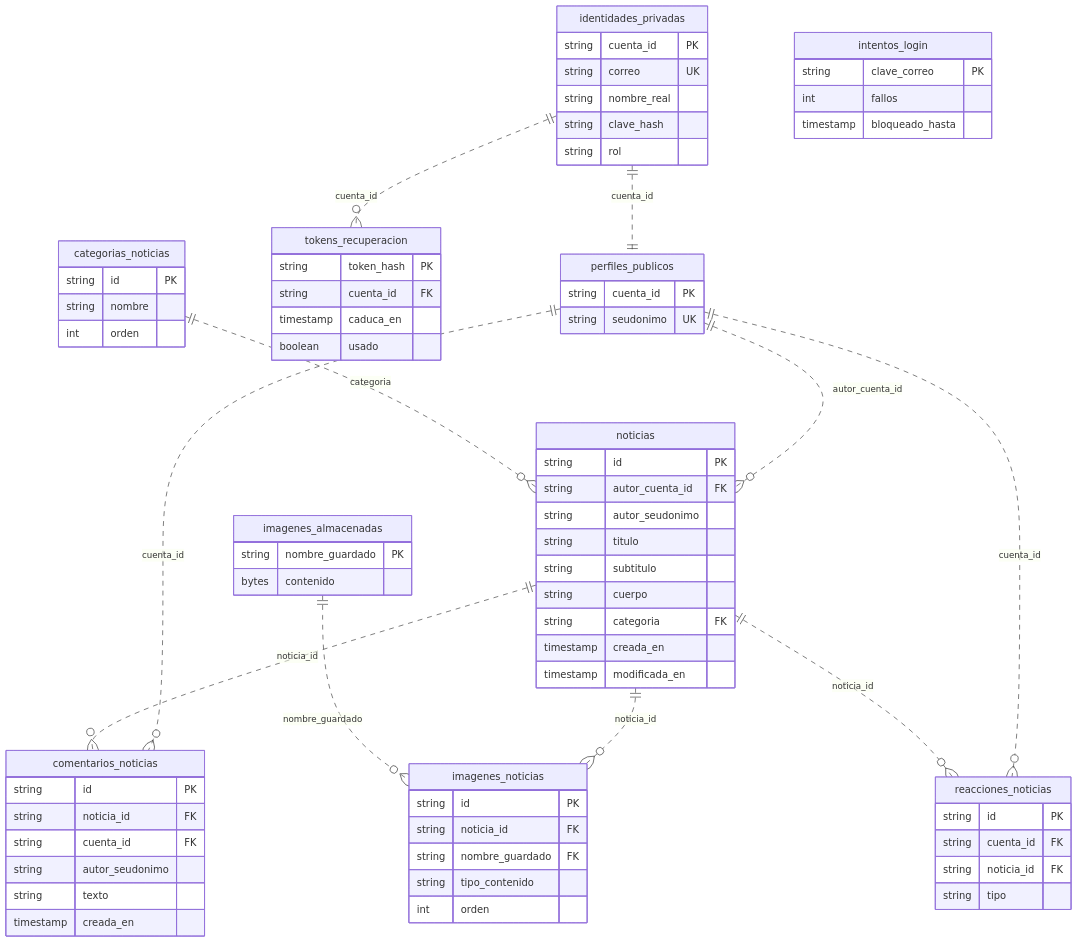
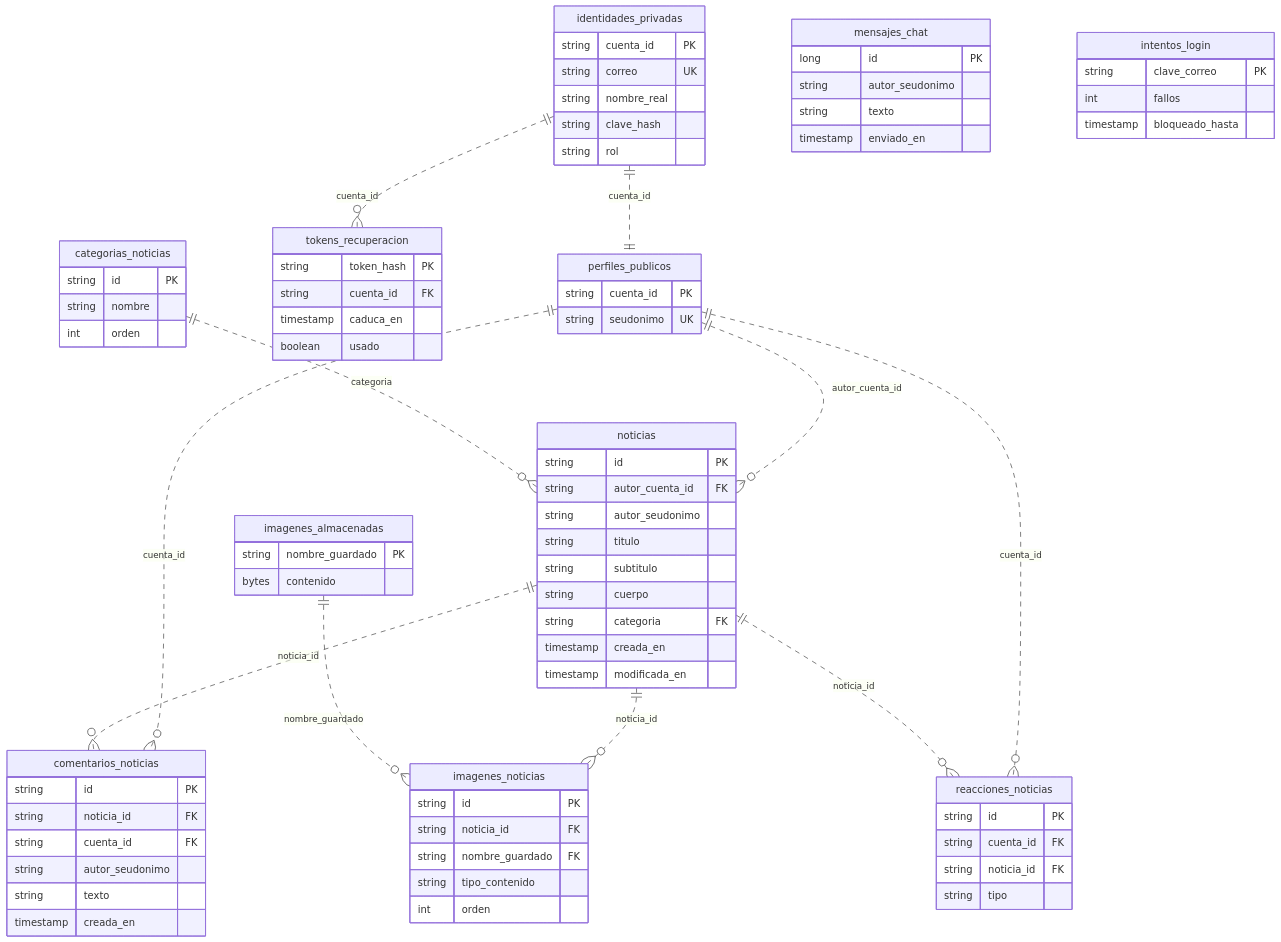
Before and after one commit to MaldonadoGabs/appWebAv2026B-periodismoSeguro: the fourth of 4 diagrams in docs/ENTREGA-BIMESTRE-1.md, drawn with Mermaid. The commit also changed other lines of this file and 1 other file, not shown here.

Commit message:
docs(readme): historial del chat, indices y cifras de pruebas del documento de entrega

```diff
--- a/docs/ENTREGA-BIMESTRE-1.md
+++ b/docs/ENTREGA-BIMESTRE-1.md
@@ -183,6 +183,12 @@
     string cuenta_id FK
     timestamp caduca_en
     boolean usado
+  }
+  mensajes_chat {
+    long id PK
+    string autor_seudonimo
+    string texto
+    timestamp enviado_en
   }
   intentos_login {
     string clave_correo PK
```
